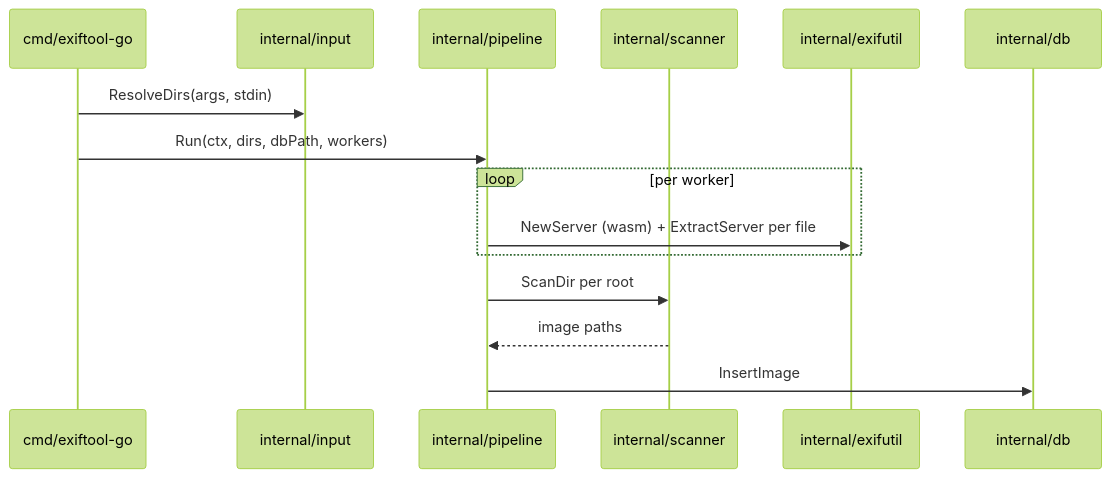
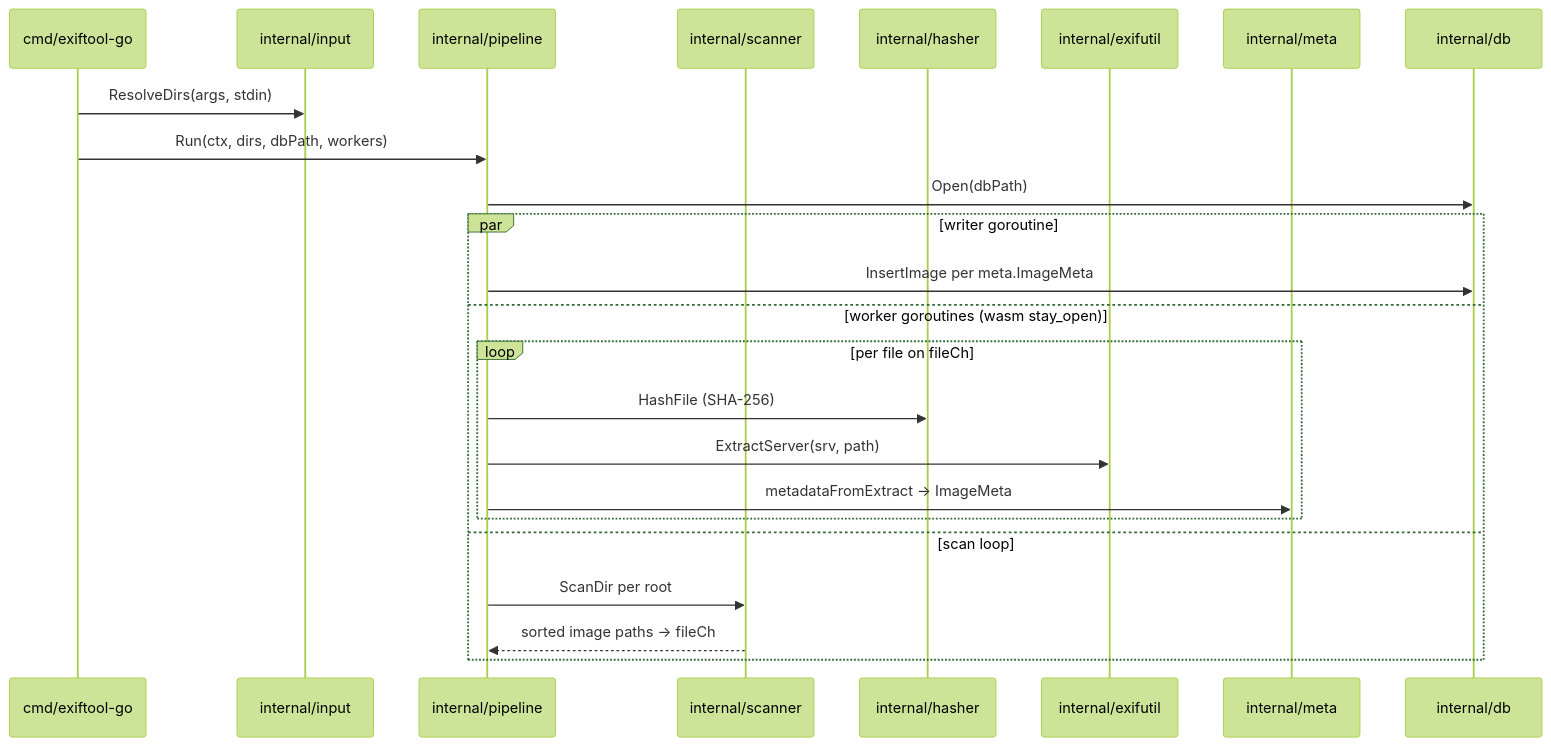
One commit to lbe/exiftool-go changed the fourth of 4 diagrams in ARCHITECTURE.md. Above: the diagram before and after it, drawn with Mermaid (forest theme). The commit also changed other lines of this file and 37 other files, not shown here.

````diff
--- a/ARCHITECTURE.md
+++ b/ARCHITECTURE.md
@@ -98,18 +116,27 @@
 ```mermaid
 sequenceDiagram
   participant Main as cmd/exiftool-go
   participant In as internal/input
   participant Pipe as internal/pipeline
   participant Scan as internal/scanner
+  participant Hash as internal/hasher
   participant Ex as internal/exifutil
+  participant Meta as internal/meta
   participant DB as internal/db
 
   Main->>In: ResolveDirs(args, stdin)
   Main->>Pipe: Run(ctx, dirs, dbPath, workers)
-  loop per worker
-    Pipe->>Ex: NewServer (wasm) + ExtractServer per file
+  Pipe->>DB: Open(dbPath)
+  par writer goroutine
+    Pipe->>DB: InsertImage per meta.ImageMeta
+  and worker goroutines (wasm stay_open)
+    loop per file on fileCh
+      Pipe->>Hash: HashFile (SHA-256)
+      Pipe->>Ex: ExtractServer(srv, path)
+      Pipe->>Meta: metadataFromExtract → ImageMeta
+    end
+  and scan loop
+    Pipe->>Scan: ScanDir per root
+    Scan-->>Pipe: sorted image paths → fileCh
   end
-  Pipe->>Scan: ScanDir per root
-  Scan-->>Pipe: image paths
-  Pipe->>DB: InsertImage
 ```
````
